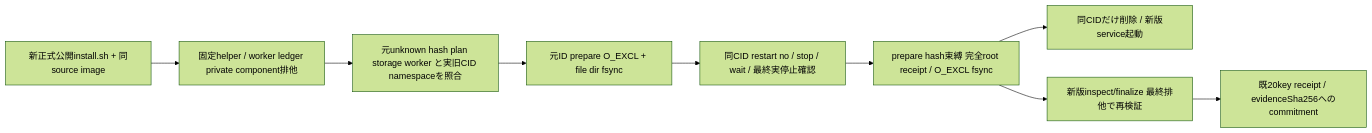
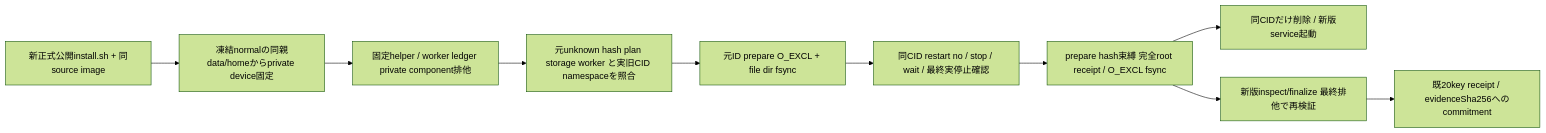
Before and after one commit to kitepon/BellTeam: the third of 3 diagrams in docs/architecture/modules/runtime/module-installer.md, drawn with Mermaid (forest theme). The commit also changed other lines of this file and 4 other files, not shown here.

Commit message:
fix(runtime): bind worker switch to installer private storage model

````diff
--- a/docs/architecture/modules/runtime/module-installer.md
+++ b/docs/architecture/modules/runtime/module-installer.md
@@ -89,11 +89,12 @@
 ```mermaid
 flowchart LR
-  Public[新正式公開install.sh + 同source image] --> Lock[固定helper / worker ledger private component排他]
+  Public[新正式公開install.sh + 同source image] --> Storage[凍結normalの同親data/homeからprivate device固定]
+  Storage --> Lock[固定helper / worker ledger private component排他]
   Lock --> Bind[元unknown hash plan storage worker と実旧CID namespaceを照合]
   Bind --> Prepare[元ID prepare O_EXCL + file dir fsync]
   Prepare --> Stop[同CID restart no / stop / wait / 最終実停止確認]
   Stop --> Record[prepare hash束縛 完全root receipt / O_EXCL fsync]
   Record --> Remove[同CIDだけ削除 / 新版service起動]
   Record --> Inspect[新版inspect/finalize 最終排他で再検証]
   Inspect --> Evidence[既20key receipt / evidenceSha256へのcommitment]
 ```
````
